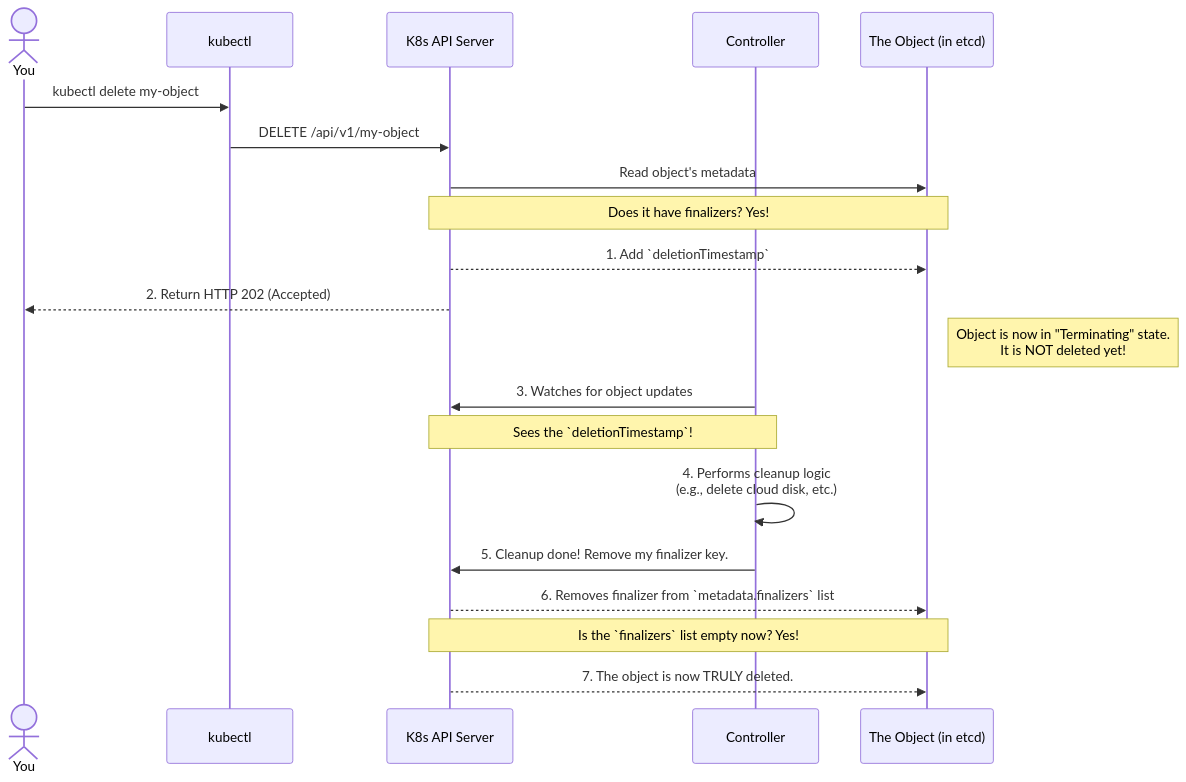
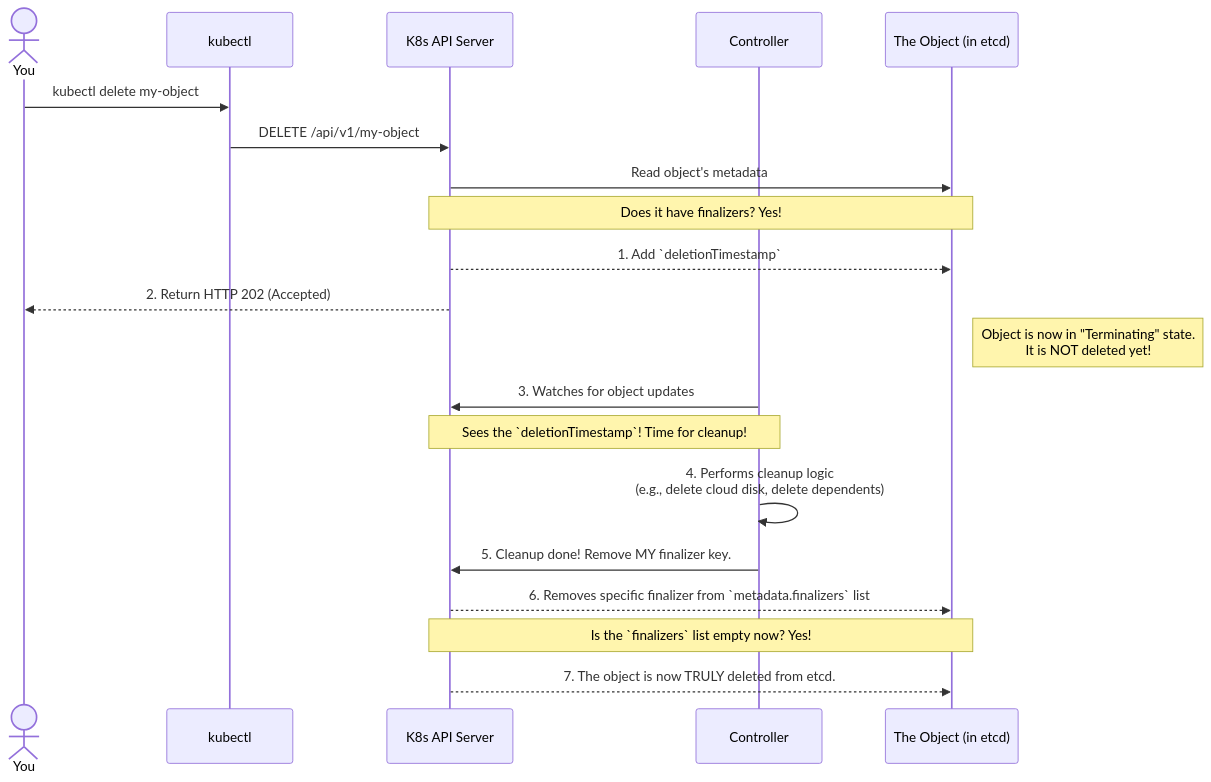
One commit to pdheeraj99/Kubernetes-Complete-Guide changed the diagram in kubernetes-notes/concepts/09-finalizers/notes.md. Above: the diagram before and after it, drawn with Mermaid. The commit also changed other lines of this file and 14 other files, not shown here.

````diff
--- a/kubernetes-notes/concepts/09-finalizers/notes.md
+++ b/kubernetes-notes/concepts/09-finalizers/notes.md
@@ -20,31 +25,31 @@
 ```mermaid
 sequenceDiagram
     actor You
     participant kubectl
     participant APIServer as K8s API Server
     participant Controller
     participant Object as The Object (in etcd)
 
     You->>kubectl: kubectl delete my-object
     kubectl->>APIServer: DELETE /api/v1/my-object
 
     APIServer->>Object: Read object's metadata
     Note over APIServer, Object: Does it have finalizers? Yes!
 
     APIServer-->>Object: 1. Add `deletionTimestamp`
     APIServer-->>You: 2. Return HTTP 202 (Accepted)
 
     Note right of Object: Object is now in "Terminating" state.<br/>It is NOT deleted yet!
 
     Controller->>APIServer: 3. Watches for object updates
-    Note over Controller, APIServer: Sees the `deletionTimestamp`!
+    Note over Controller, APIServer: Sees the `deletionTimestamp`! Time for cleanup!
 
-    Controller->>Controller: 4. Performs cleanup logic<br/>(e.g., delete cloud disk, etc.)
+    Controller->>Controller: 4. Performs cleanup logic<br/>(e.g., delete cloud disk, delete dependents)
 
-    Controller->>APIServer: 5. Cleanup done! Remove my finalizer key.
-    APIServer-->>Object: 6. Removes finalizer from `metadata.finalizers` list
+    Controller->>APIServer: 5. Cleanup done! Remove MY finalizer key.
+    APIServer-->>Object: 6. Removes specific finalizer from `metadata.finalizers` list
 
     Note over APIServer, Object: Is the `finalizers` list empty now? Yes!
 
-    APIServer-->>Object: 7. The object is now TRULY deleted.
+    APIServer-->>Object: 7. The object is now TRULY deleted from etcd.
 ```
````
